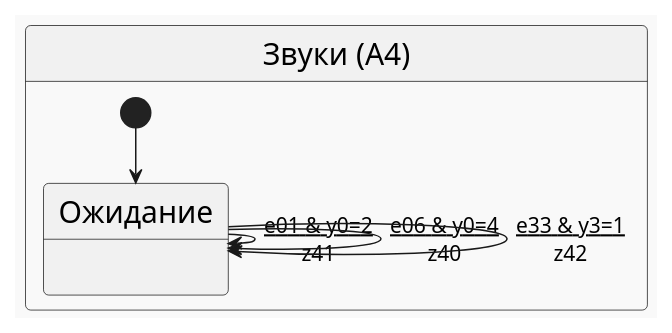
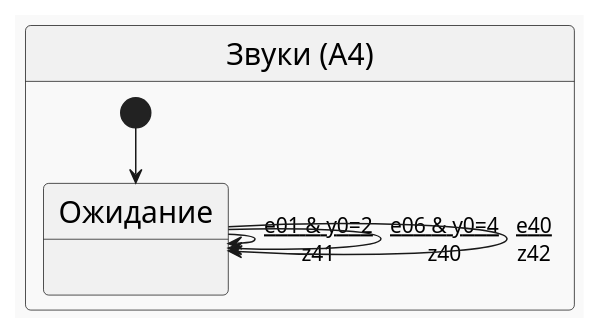
One commit to PhoenixNazarov/fsm-multiply changed the diagram in articles/multiply_many_nested/puml/a4.puml. Above: the diagram before and after it, drawn with PlantUML. The commit also changed 9 other files, not shown here.

```diff
--- a/articles/multiply_many_nested/puml/a4.puml
+++ b/articles/multiply_many_nested/puml/a4.puml
@@ -1,12 +1,12 @@
 @startuml
 !theme mars
 skinparam stateFontSize 20
 skinparam arrowFontSize 14
 state "Звуки (A4)" as A4 {
     [*] --> A40
     state "Ожидание" as A40 : 
     A40 --> A40 : <u>e01 & y0=2\nz41
     A40 --> A40 : <u>e06 & y0=4\nz40
-    A40 --> A40 : <u>e33 & y3=1\nz42
+    A40 --> A40 : <u>e40\nz42
 }
 @enduml
```
